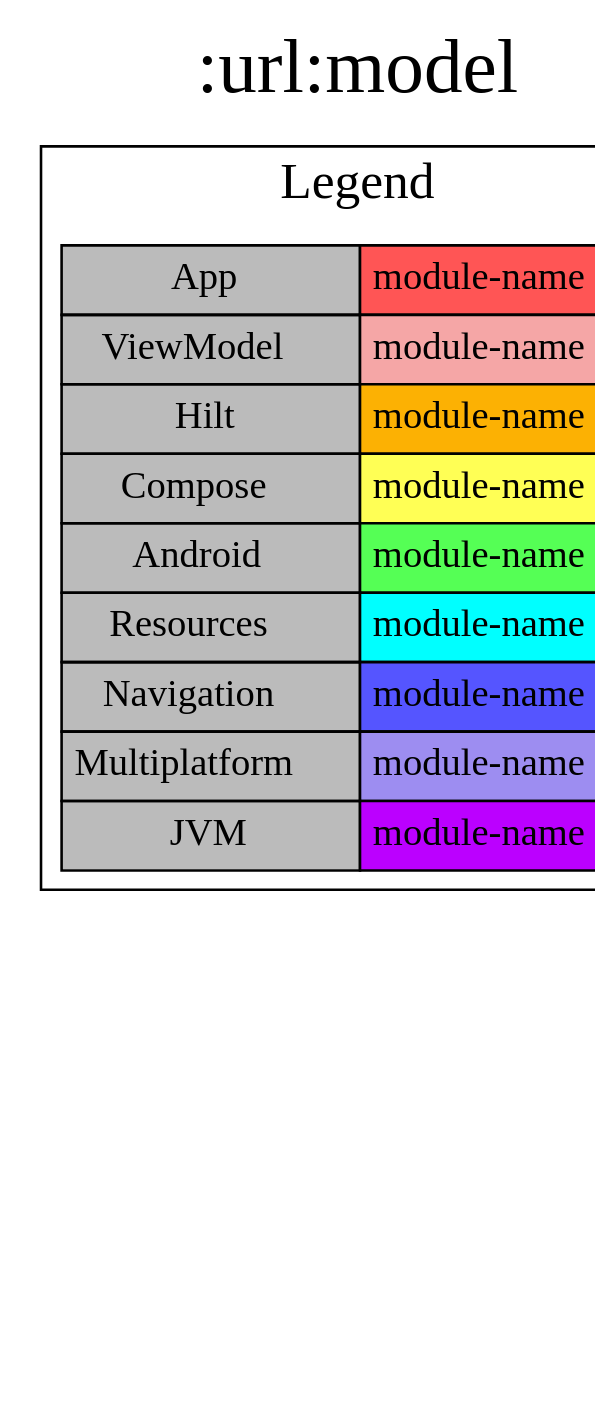
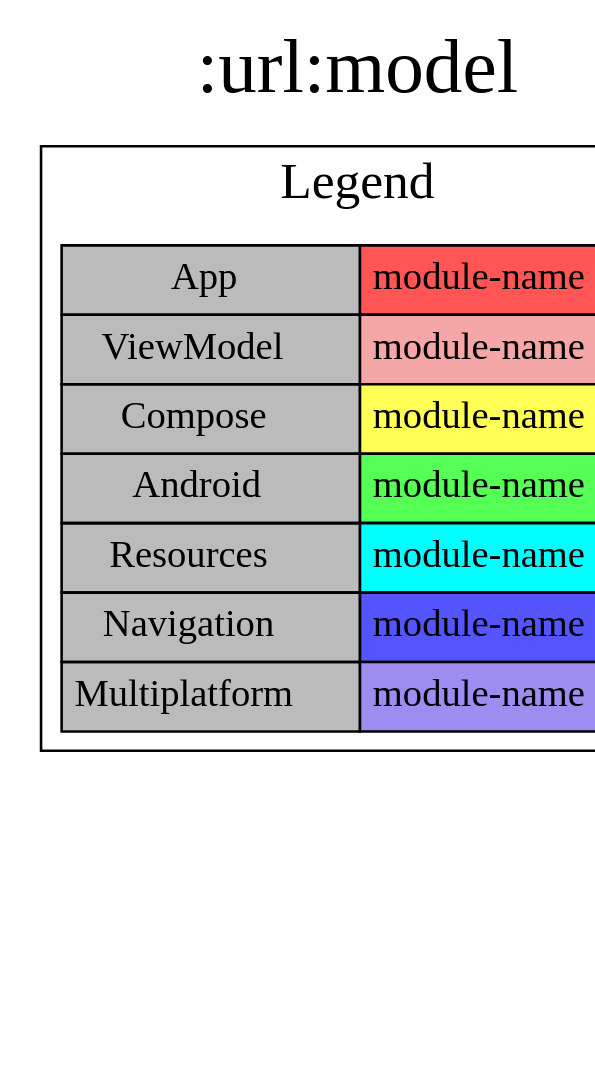
One commit to jonapoul/aktual changed the diagram in modules/url/model/project-dependency-graph.dot. Above: the diagram before and after it, drawn with Graphviz. The commit also changed 142 other files, not shown here.

```diff
--- a/modules/url/model/project-dependency-graph.dot
+++ b/modules/url/model/project-dependency-graph.dot
@@ -1,27 +1,25 @@
 digraph {
 edge ["dir"="forward"]
-graph ["dpi"="100","label"=":url:model","labelloc"="t","fontsize"="30","ranksep"="2.5","rankdir"="TB"]
+graph ["dpi"="100","label"=":url:model","labelloc"="t","fontsize"="30","ranksep"="1.5","rankdir"="TB"]
 node ["style"="filled"]
 ":url:model" ["fillcolor"="#9D8DF1","shape"="box"]
 {
 edge ["dir"="none"]
 graph ["rank"="same"]
 }
 subgraph "cluster_legend" {
 edge ["dir"="none"]
 graph ["label"="Legend","fontsize"="20"]
 "Legend" ["style"="filled","fillcolor"="#bbbbbb","shape"="none","margin"="0","fontsize"="15","label"=<
 <TABLE BORDER="0" CELLBORDER="1" CELLSPACING="0" CELLPADDING="4">
 <TR><TD>App</TD><TD BGCOLOR="#FF5555">module-name</TD></TR>
 <TR><TD>ViewModel</TD><TD BGCOLOR="#F5A6A6">module-name</TD></TR>
-<TR><TD>Hilt</TD><TD BGCOLOR="#FCB103">module-name</TD></TR>
 <TR><TD>Compose</TD><TD BGCOLOR="#FFFF55">module-name</TD></TR>
 <TR><TD>Android</TD><TD BGCOLOR="#55FF55">module-name</TD></TR>
 <TR><TD>Resources</TD><TD BGCOLOR="#00FFFF">module-name</TD></TR>
 <TR><TD>Navigation</TD><TD BGCOLOR="#5555FF">module-name</TD></TR>
 <TR><TD>Multiplatform</TD><TD BGCOLOR="#9D8DF1">module-name</TD></TR>
-<TR><TD>JVM</TD><TD BGCOLOR="#BB00FF">module-name</TD></TR>
 </TABLE>
 >]
 } -> ":url:model" ["style"="invis"]
 }
```
